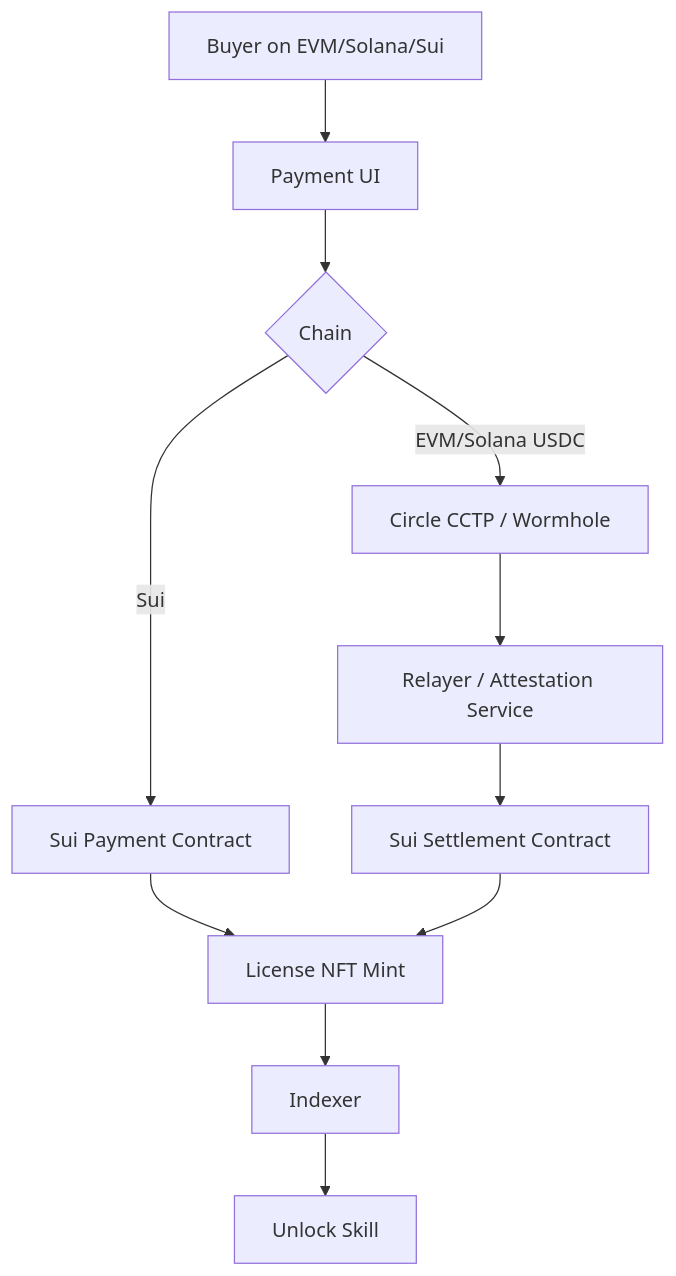
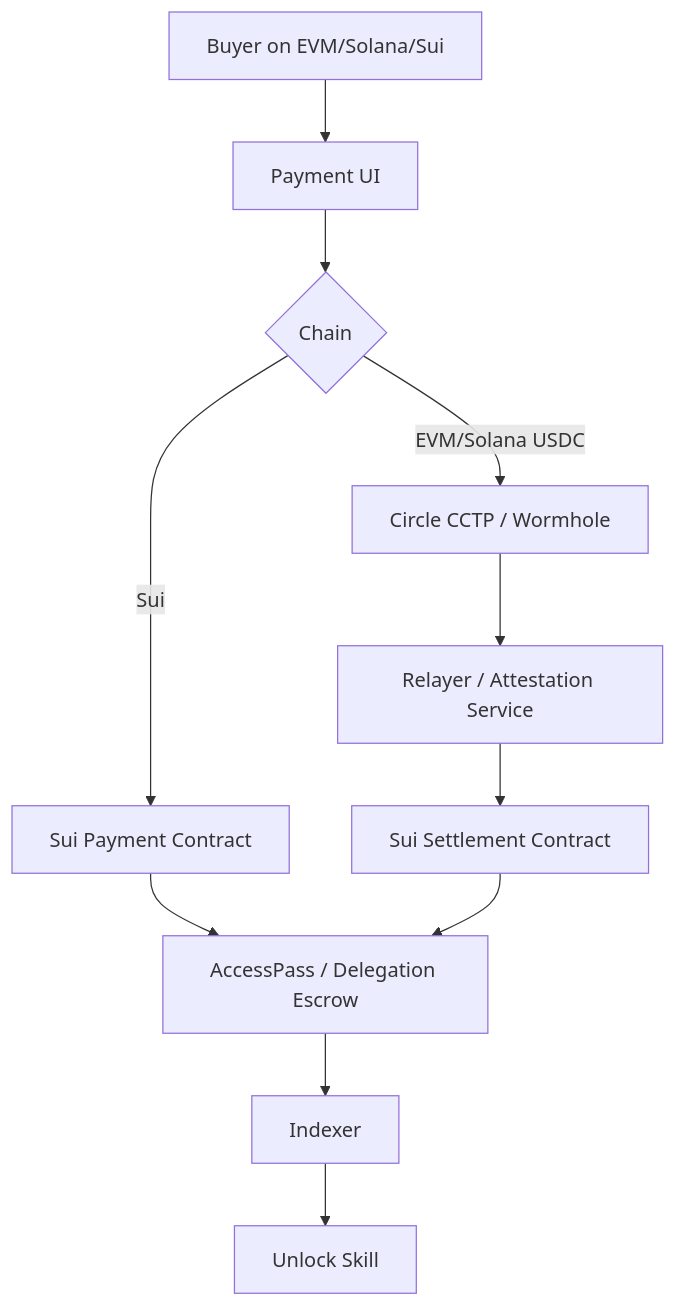
One commit to Euraxluo/research-network changed the diagram in docs/09-cross-chain-payments.md. Above: the diagram before and after it, drawn with Mermaid. The commit also changed other lines of this file and 92 other files, not shown here.

````diff
--- a/docs/09-cross-chain-payments.md
+++ b/docs/09-cross-chain-payments.md
@@ -22,13 +22,13 @@
 ```mermaid
 flowchart TD
     A[Buyer on EVM/Solana/Sui] --> B[Payment UI]
     B --> C{Chain}
     C -->|Sui| D[Sui Payment Contract]
     C -->|EVM/Solana USDC| E[Circle CCTP / Wormhole]
     E --> F[Relayer / Attestation Service]
     F --> G[Sui Settlement Contract]
-    D --> H[License NFT Mint]
+    D --> H[AccessPass / Delegation Escrow]
     G --> H
     H --> I[Indexer]
     I --> J[Unlock Skill]
 ```
````
